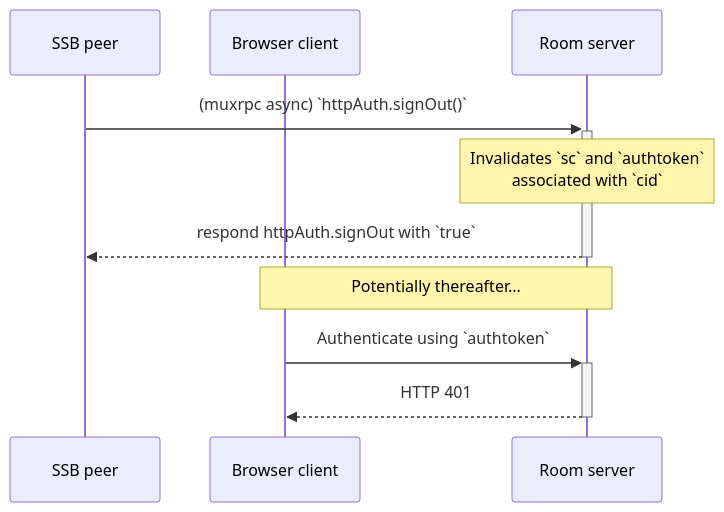
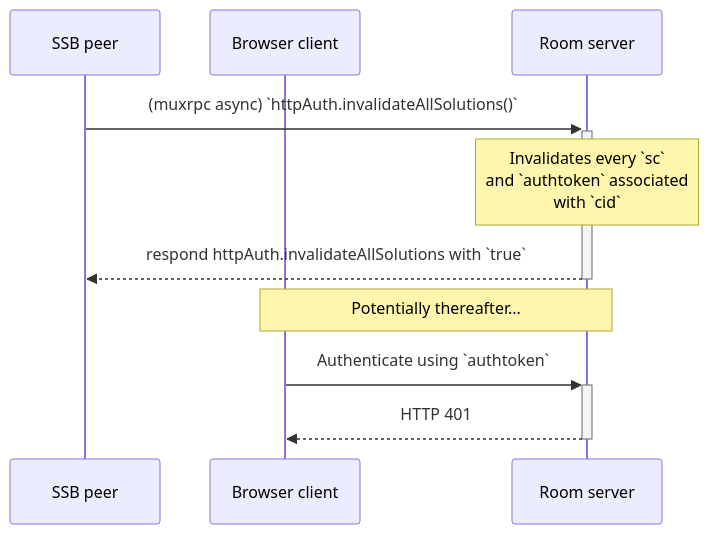
Before and after one commit to ssbc/rooms2: the third of 4 diagrams in docs/Setup/Sign-in with SSB.md, drawn with Mermaid. The commit also changed other lines of this file and 1 other file, not shown here.

Commit message:
change muxrpc structure of sign-in with ssb

````diff
--- a/docs/Setup/Sign-in with SSB.md
+++ b/docs/Setup/Sign-in with SSB.md
@@ -100,13 +100,13 @@
 ```mermaid
 sequenceDiagram
   participant Umux as SSB peer
   participant Uweb as Browser client
   participant R as Room server
 
-  Umux->>+R: (muxrpc async) `httpAuth.signOut()`
-  Note over R: Invalidates `sc` and `authtoken`<br/>associated with `cid`
-  R-->>-Umux: respond httpAuth.signOut with `true`
+  Umux->>+R: (muxrpc async) `httpAuth.invalidateAllSolutions()`
+  Note over R: Invalidates every `sc`<br/>and `authtoken` associated<br/>with `cid`
+  R-->>-Umux: respond httpAuth.invalidateAllSolutions with `true`
   Note over Uweb,R: Potentially thereafter...
   Uweb->>+R: Authenticate using `authtoken`
   R-->>-Uweb: HTTP 401
 ```
````
